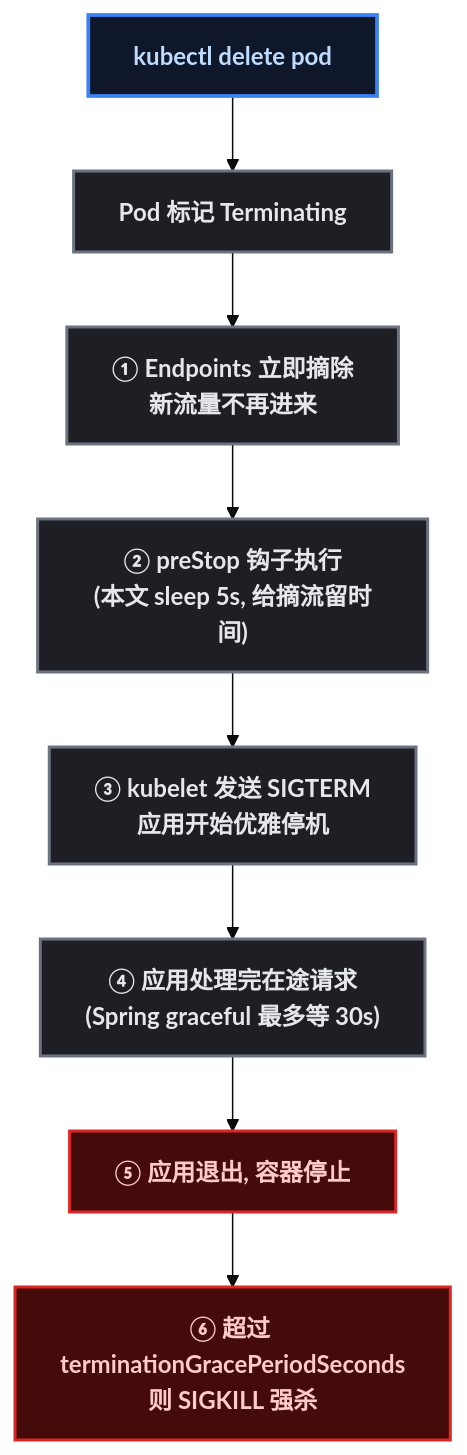
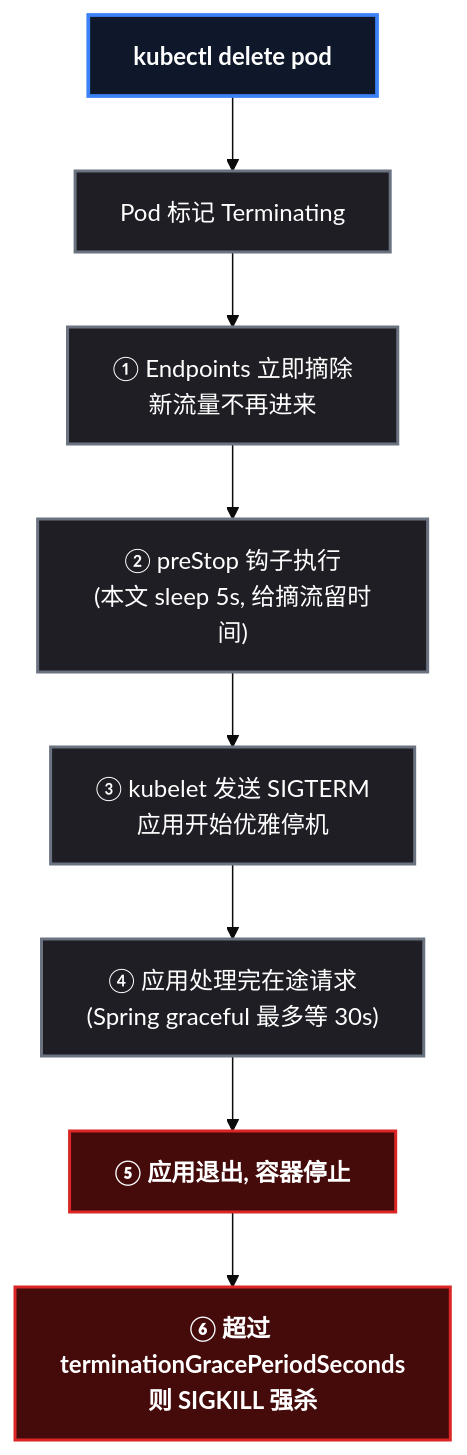
The first of 2 diagrams in content/posts/kubernetes/K8sGracefulShutdownResources.md (yaocat55/yaocat55.github.io), drawn with Mermaid (base theme) before and after one commit. The commit also changed other lines of this file and 27 other files, not shown here.

Commit message:
docs: 全系列 93 张 Mermaid 图 classDef 改为 style 强制深底白字(修复部分渲染器白底浅字)+历史文件格式清理

````diff
--- a/content/posts/kubernetes/K8sGracefulShutdownResources.md
+++ b/content/posts/kubernetes/K8sGracefulShutdownResources.md
@@ -51,16 +51,18 @@
 ```mermaid
 flowchart TD
     A["kubectl delete pod"] --> B["Pod 标记 Terminating"]
     B --> C["① Endpoints 立即摘除<br/>新流量不再进来"]
     C --> D["② preStop 钩子执行<br/>(本文 sleep 5s, 给摘流留时间)"]
     D --> E["③ kubelet 发送 SIGTERM<br/>应用开始优雅停机"]
     E --> F["④ 应用处理完在途请求<br/>(Spring graceful 最多等 30s)"]
     F --> G["⑤ 应用退出, 容器停止"]
     G --> H["⑥ 超过 terminationGracePeriodSeconds<br/>则 SIGKILL 强杀"]
-    classDef root fill:#0f172a,stroke:#3b82f6,stroke-width:2.5px,color:#bfdbfe,font-weight:bold;
-    classDef process fill:#1e1e24,stroke:#6b7280,stroke-width:2px,color:#e5e7eb;
-    classDef reject fill:#450a0a,stroke:#dc2626,stroke-width:2px,color:#fecaca,font-weight:bold;
-    class A root;
-    class B,C,D,E,F process;
-    class G,H reject;
+    style A fill:#0f172a,stroke:#3b82f6,stroke-width:2.5px,color:#ffffff,font-weight:bold
+    style B fill:#1e1e24,stroke:#6b7280,stroke-width:2px,color:#ffffff
+    style C fill:#1e1e24,stroke:#6b7280,stroke-width:2px,color:#ffffff
+    style D fill:#1e1e24,stroke:#6b7280,stroke-width:2px,color:#ffffff
+    style E fill:#1e1e24,stroke:#6b7280,stroke-width:2px,color:#ffffff
+    style F fill:#1e1e24,stroke:#6b7280,stroke-width:2px,color:#ffffff
+    style G fill:#450a0a,stroke:#dc2626,stroke-width:2px,color:#ffffff,font-weight:bold
+    style H fill:#450a0a,stroke:#dc2626,stroke-width:2px,color:#ffffff,font-weight:bold
 ```
````
